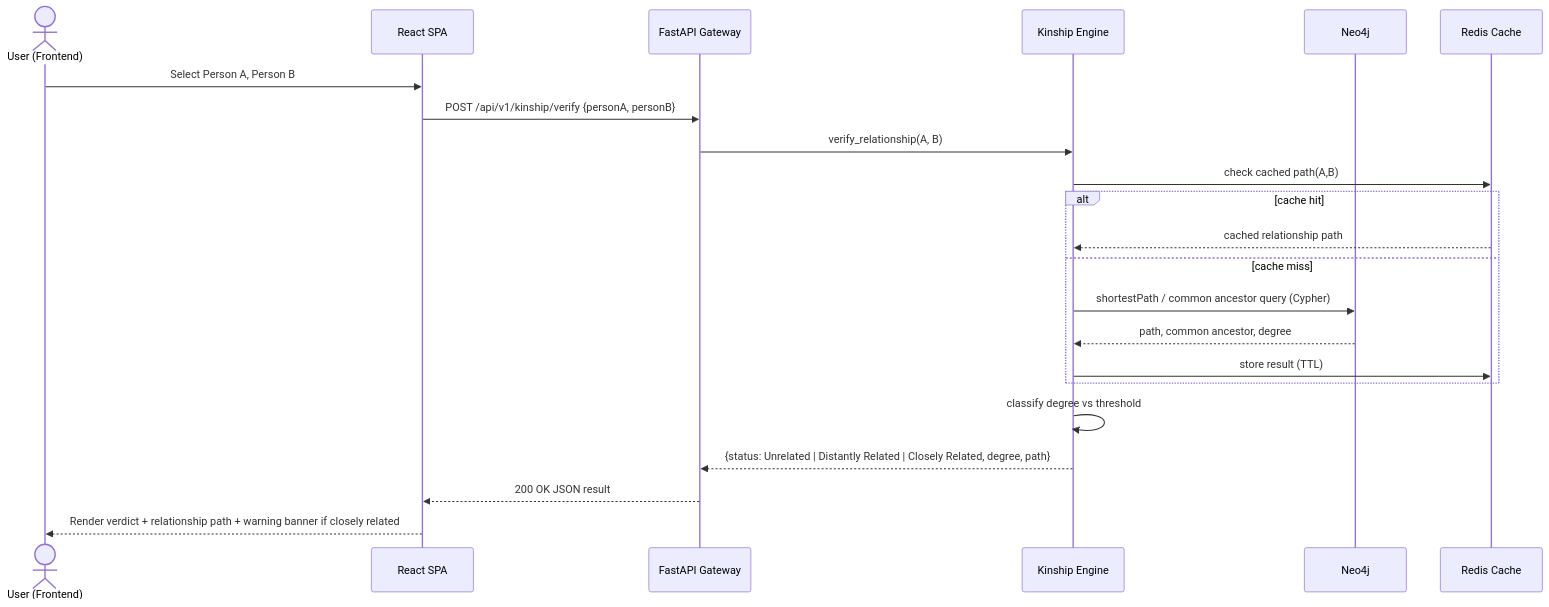
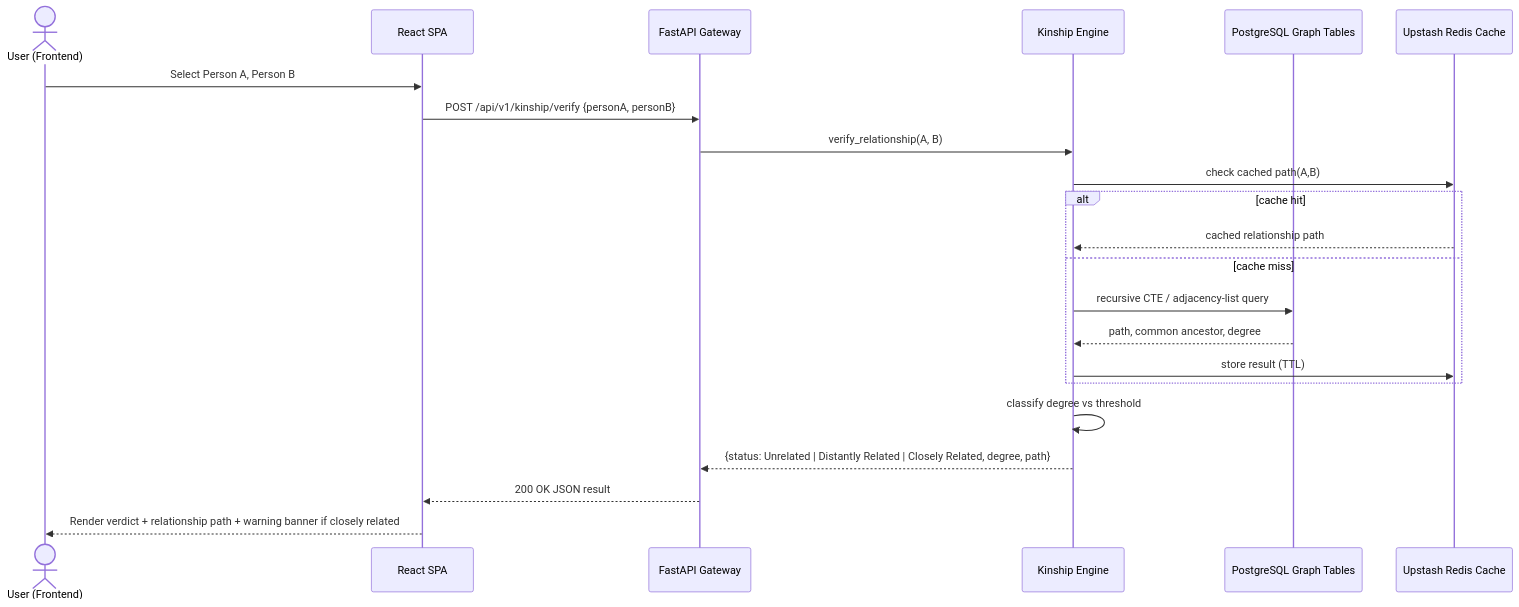
Before and after one commit to thetruesammyjay/kinship: the second of 2 diagrams in README.md, drawn with Mermaid. The commit also changed other lines of this file and 109 other files, not shown here.

````diff
--- a/README.md
+++ b/README.md
@@ -108,25 +110,25 @@
 ```mermaid
 sequenceDiagram
     actor User as User (Frontend)
     participant FE as React SPA
     participant API as FastAPI Gateway
     participant KIN as Kinship Engine
-    participant NEO as Neo4j
-    participant CACHE as Redis Cache
+    participant PG as PostgreSQL Graph Tables
+    participant CACHE as Upstash Redis Cache
 
     User->>FE: Select Person A, Person B
     FE->>API: POST /api/v1/kinship/verify {personA, personB}
     API->>KIN: verify_relationship(A, B)
     KIN->>CACHE: check cached path(A,B)
     alt cache hit
         CACHE-->>KIN: cached relationship path
     else cache miss
-        KIN->>NEO: shortestPath / common ancestor query (Cypher)
-        NEO-->>KIN: path, common ancestor, degree
+        KIN->>PG: recursive CTE / adjacency-list query
+        PG-->>KIN: path, common ancestor, degree
         KIN->>CACHE: store result (TTL)
     end
     KIN->>KIN: classify degree vs threshold
     KIN-->>API: {status: Unrelated | Distantly Related | Closely Related, degree, path}
     API-->>FE: 200 OK JSON result
     FE-->>User: Render verdict + relationship path + warning banner if closely related
 ```
````
